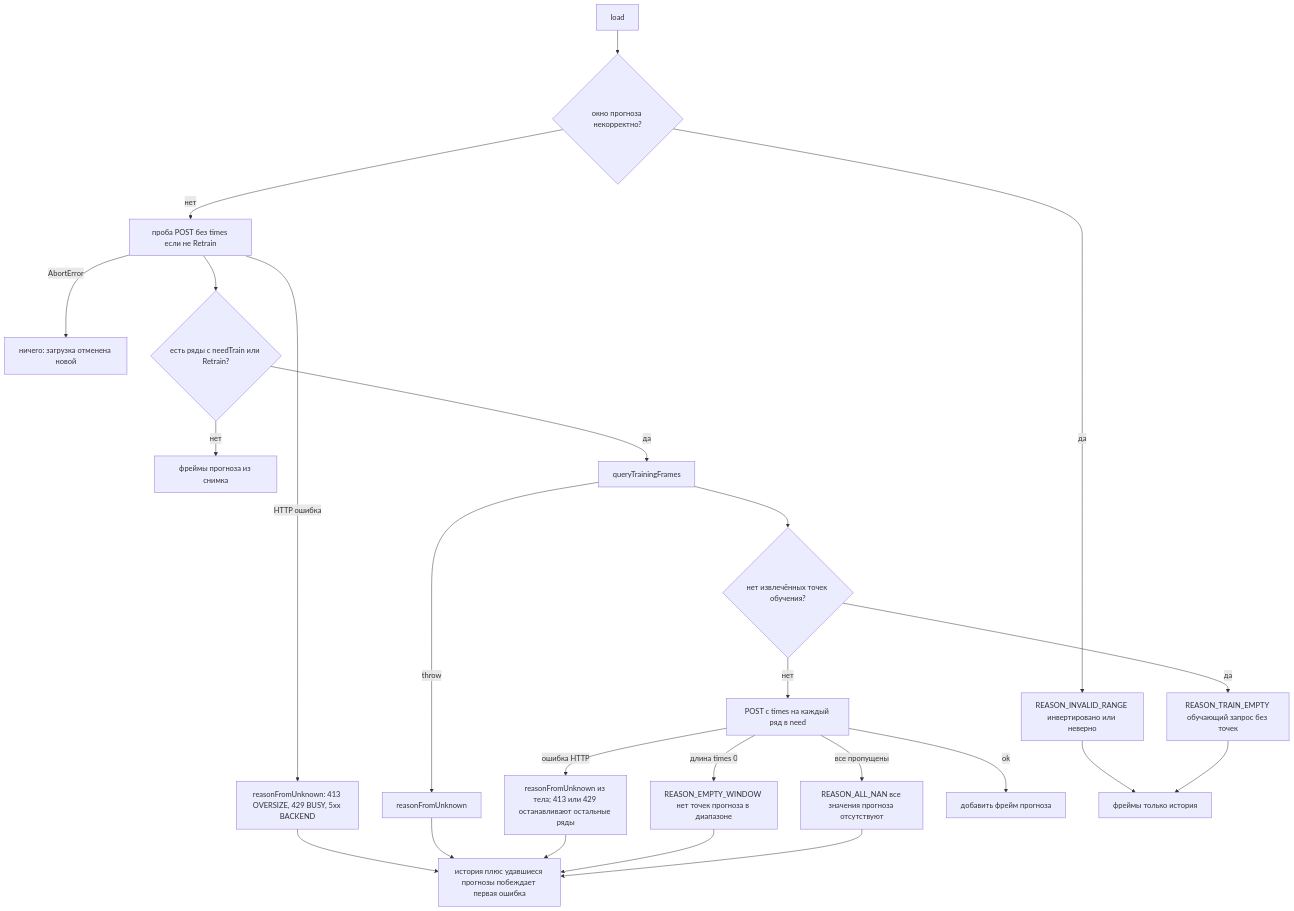
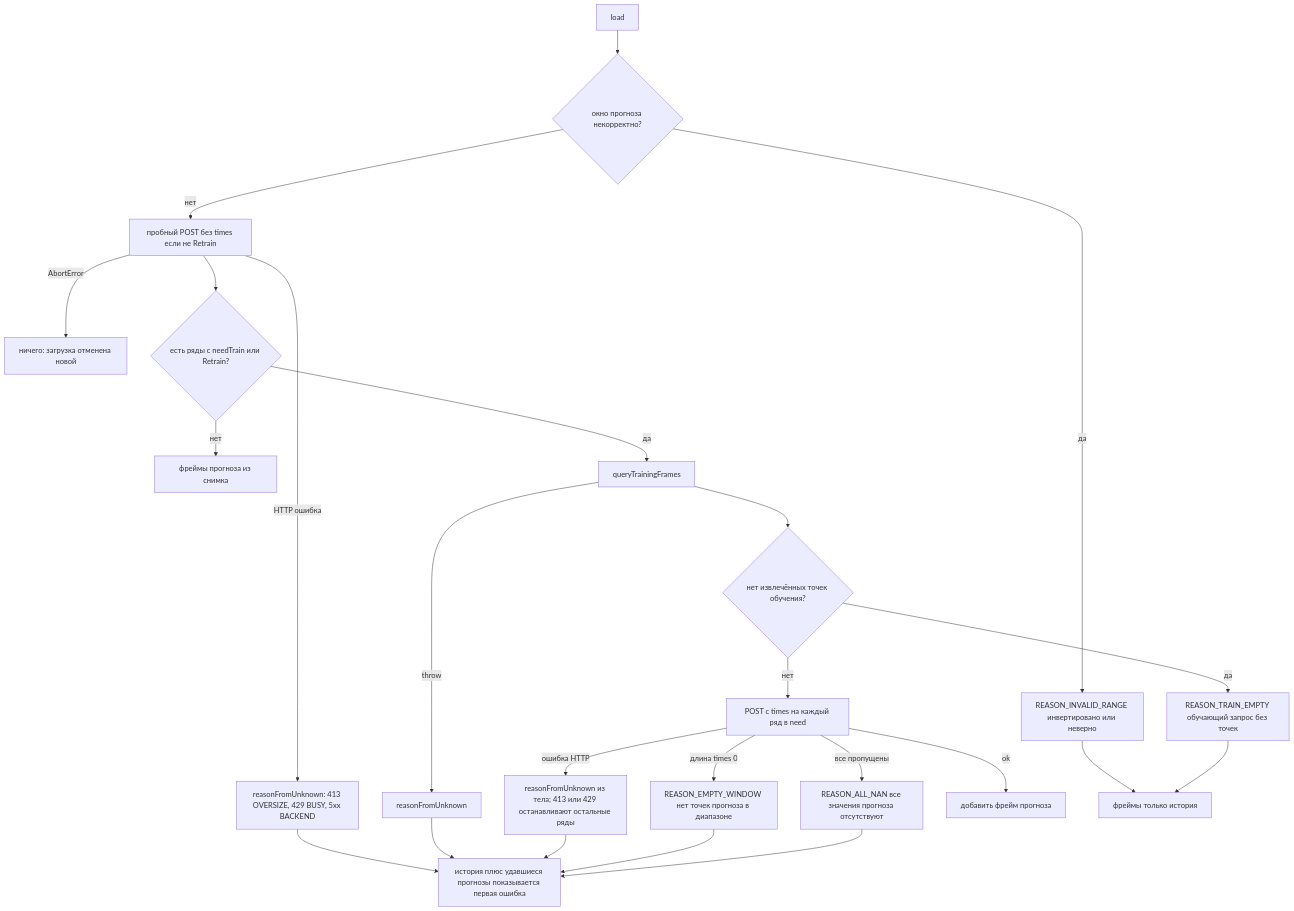
One commit to eduard-kolotushin/timeseries-grafana changed the diagram in diagrams/10-failure-reasons.md. Above: the diagram before and after it, drawn with Mermaid. The commit also changed other lines of this file and 14 other files, not shown here.

Commit message:
Update diagrams

````diff
--- a/diagrams/10-failure-reasons.md
+++ b/diagrams/10-failure-reasons.md
@@ -15,26 +15,26 @@
 ```mermaid
 flowchart TD
   Start["load"] --> Inv{"окно прогноза некорректно?"}
   Inv -->|да| R1["REASON_INVALID_RANGE инвертировано или неверно"]
-  Inv -->|нет| Probe["проба POST без times если не Retrain"]
+  Inv -->|нет| Probe["пробный POST без times если не Retrain"]
   Probe -->|HTTP ошибка| R2["reasonFromUnknown: 413 OVERSIZE, 429 BUSY, 5xx BACKEND"]
   Probe -->|AbortError| Drop["ничего: загрузка отменена новой"]
   Probe --> Need{"есть ряды с needTrain или Retrain?"}
   Need -->|нет| Draw["фреймы прогноза из снимка"]
   Need -->|да| TQ["queryTrainingFrames"]
   TQ -->|throw| R3["reasonFromUnknown"]
   TQ --> Empty{"нет извлечённых точек обучения?"}
   Empty -->|да| R4["REASON_TRAIN_EMPTY обучающий запрос без точек"]
   Empty -->|нет| Loop["POST с times на каждый ряд в need"]
   Loop -->|ошибка HTTP| R5["reasonFromUnknown из тела; 413 или 429 останавливают остальные ряды"]
   Loop -->|длина times 0| R6["REASON_EMPTY_WINDOW нет точек прогноза в диапазоне"]
   Loop -->|все пропущены| R7["REASON_ALL_NAN все значения прогноза отсутствуют"]
   Loop -->|ok| Draw2["добавить фрейм прогноза"]
   R1 --> Hist["фреймы только история"]
-  R2 --> Partial["история плюс удавшиеся прогнозы побеждает первая ошибка"]
+  R2 --> Partial["история плюс удавшиеся прогнозы показывается первая ошибка"]
   R3 --> Partial
   R4 --> Hist
   R5 --> Partial
   R6 --> Partial
   R7 --> Partial
 ```
````
